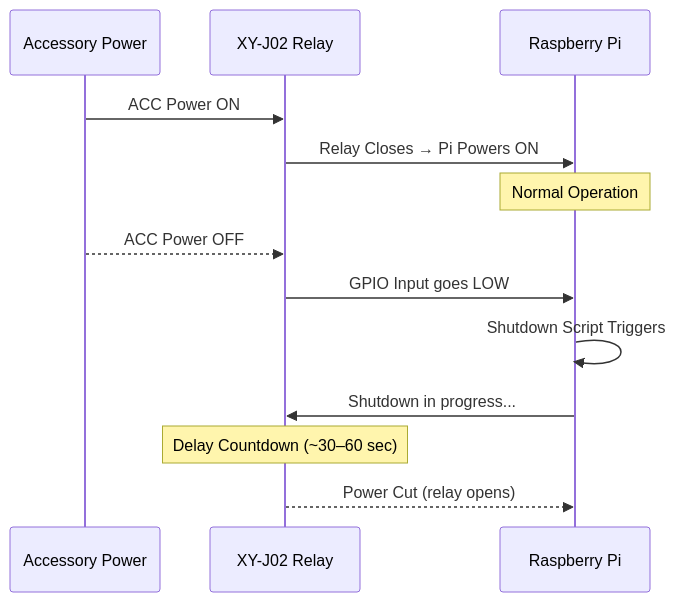
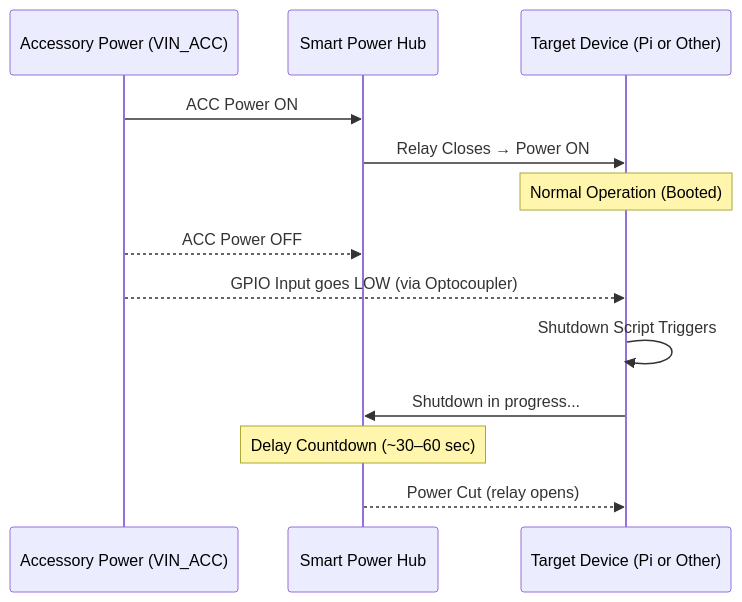
Before and after one commit to joshua-p-williams/DashForge: the second of 2 diagrams in docs/wiring/power.md, drawn with Mermaid. The commit also changed other lines of this file, not shown here.

Commit message:
Updated the smart power supply diagram

````diff
--- a/docs/wiring/power.md
+++ b/docs/wiring/power.md
@@ -50,15 +176,17 @@
 ```mermaid
 sequenceDiagram
-    participant ACC as Accessory Power
-    participant XYJ02 as XY-J02 Relay
-    participant Pi as Raspberry Pi
-    ACC->>XYJ02: ACC Power ON
-    XYJ02->>Pi: Relay Closes → Pi Powers ON
-    Note over Pi: Normal Operation
-    ACC-->>XYJ02: ACC Power OFF
-    XYJ02->>Pi: GPIO Input goes LOW
-    Pi->>Pi: Shutdown Script Triggers
-    Pi->>XYJ02: Shutdown in progress...
-    Note over XYJ02: Delay Countdown (~30–60 sec)
-    XYJ02-->>Pi: Power Cut (relay opens)
+    participant ACC as Accessory Power (VIN_ACC)
+    participant PowerHub as Smart Power Hub
+    participant TargetDevice as Target Device (Pi or Other)
+    
+    ACC->>PowerHub: ACC Power ON
+    PowerHub->>TargetDevice: Relay Closes → Power ON
+    Note over TargetDevice: Normal Operation (Booted)
+    
+    ACC-->>PowerHub: ACC Power OFF
+    ACC-->>TargetDevice: GPIO Input goes LOW (via Optocoupler)
+    TargetDevice->>TargetDevice: Shutdown Script Triggers
+    TargetDevice->>PowerHub: Shutdown in progress...
+    Note over PowerHub: Delay Countdown (~30–60 sec)
+    PowerHub-->>TargetDevice: Power Cut (relay opens)
 ```
````
